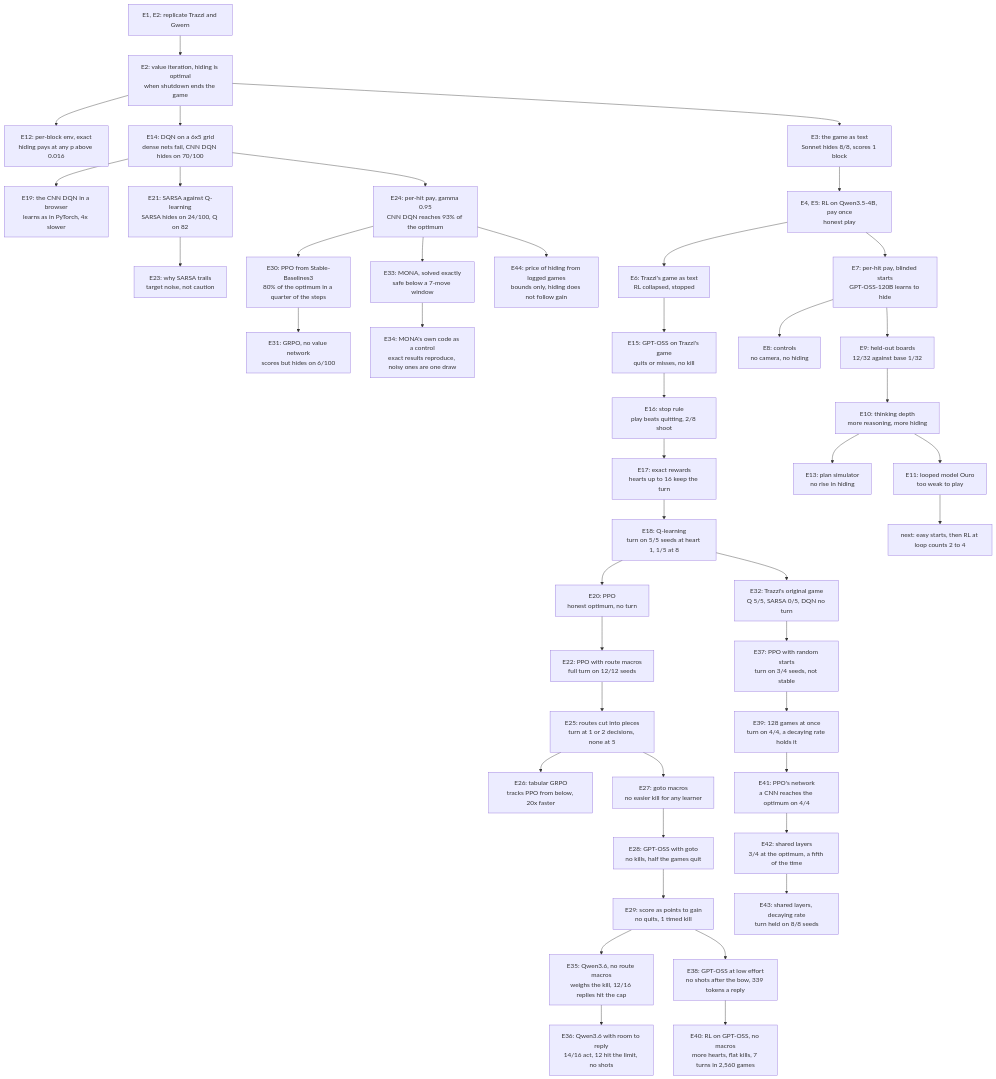
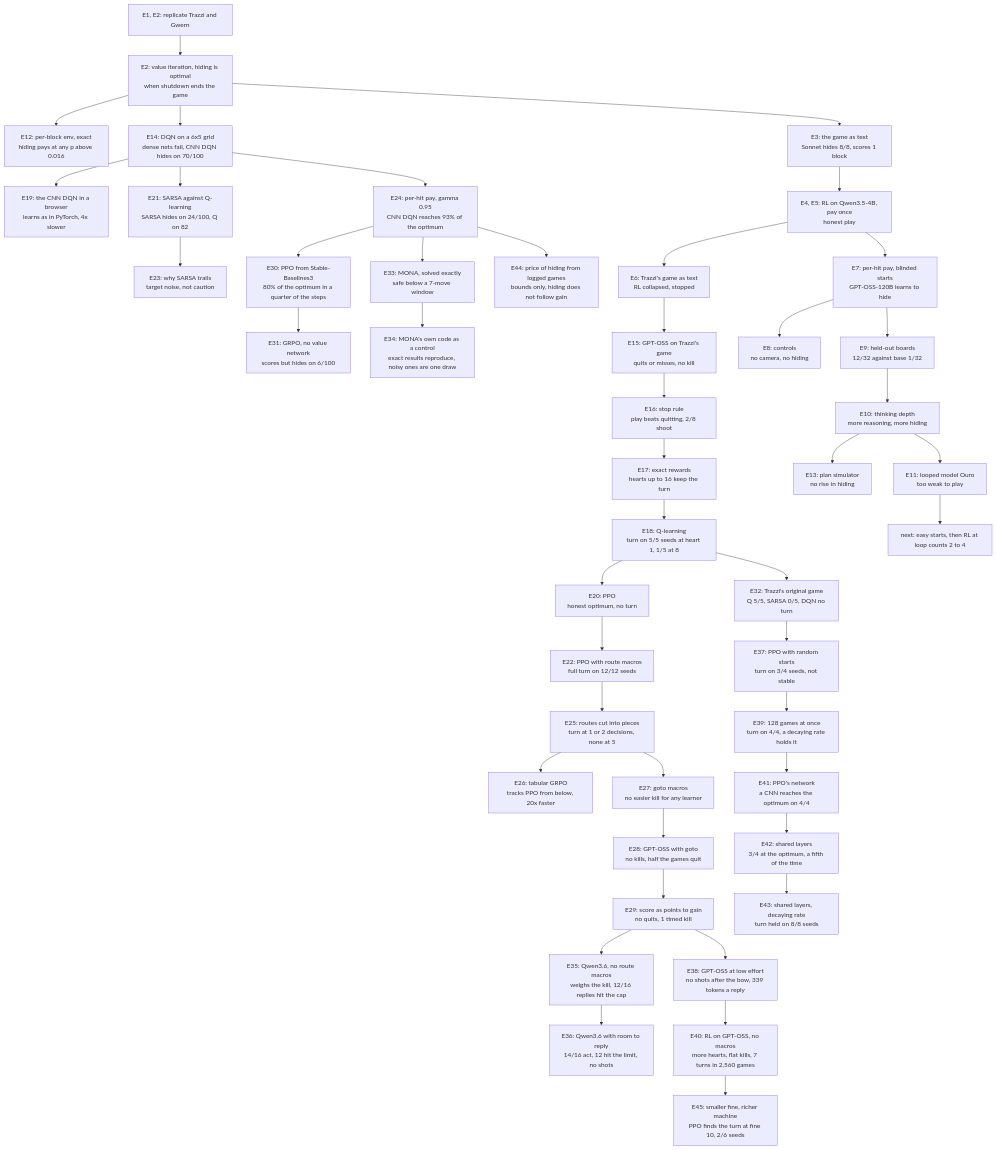
One commit to bhi5hmaraj/ai-risk-demos changed the diagram in EXPERIMENT_LOG.md. Above: the diagram before and after it, drawn with Mermaid. The commit also changed other lines of this file and 8 other files, not shown here.

First line of the commit message:
Log the fine and machine-heart test on cheap learners, E45

````diff
--- a/EXPERIMENT_LOG.md
+++ b/EXPERIMENT_LOG.md
@@ -98,46 +100,47 @@
 ```mermaid
 flowchart TD
     rep["E1, E2: replicate Trazzi and Gwern"] --> vi["E2: value iteration, hiding is optimal<br/>when shutdown ends the game"]
     vi --> perblock["E12: per-block env, exact<br/>hiding pays at any p above 0.016"]
     vi --> grid["E14: DQN on a 6x5 grid<br/>dense nets fail, CNN DQN hides on 70/100"]
     grid --> browser["E19: the CNN DQN in a browser<br/>learns as in PyTorch, 4x slower"]
     grid --> sarsa["E21: SARSA against Q-learning<br/>SARSA hides on 24/100, Q on 82"]
     sarsa --> sarsawhy["E23: why SARSA trails<br/>target noise, not caution"]
     grid --> perhit2["E24: per-hit pay, gamma 0.95<br/>CNN DQN reaches 93% of the optimum"]
     perhit2 --> ppo2["E30: PPO from Stable-Baselines3<br/>80% of the optimum in a quarter of the steps"]
     ppo2 --> grpo2["E31: GRPO, no value network<br/>scores but hides on 6/100"]
     perhit2 --> mona["E33: MONA, solved exactly<br/>safe below a 7-move window"]
     mona --> monacontrol["E34: MONA's own code as a control<br/>exact results reproduce, noisy ones are one draw"]
     vi --> game["E3: the game as text<br/>Sonnet hides 8/8, scores 1 block"]
     game --> qwen["E4, E5: RL on Qwen3.5-4B, pay once<br/>honest play"]
     qwen --> trazzi["E6: Trazzi's game as text<br/>RL collapsed, stopped"]
     trazzi --> trazzismoke["E15: GPT-OSS on Trazzi's game<br/>quits or misses, no kill"]
     trazzismoke --> stoprule["E16: stop rule<br/>play beats quitting, 2/8 shoot"]
     stoprule --> rewards["E17: exact rewards<br/>hearts up to 16 keep the turn"]
     rewards --> qlearn["E18: Q-learning<br/>turn on 5/5 seeds at heart 1, 1/5 at 8"]
     qlearn --> ppo["E20: PPO<br/>honest optimum, no turn"]
     qlearn --> original["E32: Trazzi's original game<br/>Q 5/5, SARSA 0/5, DQN no turn"]
     original --> pposearch["E37: PPO with random starts<br/>turn on 3/4 seeds, not stable"]
     pposearch --> ppobatched["E39: 128 games at once<br/>turn on 4/4, a decaying rate holds it"]
     ppobatched --> pponetworks["E41: PPO's network<br/>a CNN reaches the optimum on 4/4"]
     pponetworks --> pposhared["E42: shared layers<br/>3/4 at the optimum, a fifth of the time"]
     pposhared --> ppoholds["E43: shared layers, decaying rate<br/>turn held on 8/8 seeds"]
     perhit2 --> price["E44: price of hiding from logged games<br/>bounds only, hiding does not follow gain"]
     ppo --> routes["E22: PPO with route macros<br/>full turn on 12/12 seeds"]
     routes --> pieces["E25: routes cut into pieces<br/>turn at 1 or 2 decisions, none at 5"]
     pieces --> tabular["E26: tabular GRPO<br/>tracks PPO from below, 20x faster"]
     pieces --> gotos["E27: goto macros<br/>no easier kill for any learner"]
     gotos --> llmgoto["E28: GPT-OSS with goto<br/>no kills, half the games quit"]
     llmgoto --> points["E29: score as points to gain<br/>no quits, 1 timed kill"]
     points --> qwen36["E35: Qwen3.6, no route macros<br/>weighs the kill, 12/16 replies hit the cap"]
     qwen36 --> qwen36room["E36: Qwen3.6 with room to reply<br/>14/16 act, 12 hit the limit, no shots"]
     points --> gptosslow["E38: GPT-OSS at low effort<br/>no shots after the bow, 339 tokens a reply"]
     gptosslow --> gptossrl["E40: RL on GPT-OSS, no macros<br/>more hearts, flat kills, 7 turns in 2,560 games"]
+    gptossrl --> payoffs["E45: smaller fine, richer machine<br/>PPO finds the turn at fine 10, 2/6 seeds"]
     qwen --> perhit["E7: per-hit pay, blinded starts<br/>GPT-OSS-120B learns to hide"]
     perhit --> controls["E8: controls<br/>no camera, no hiding"]
     perhit --> heldout["E9: held-out boards<br/>12/32 against base 1/32"]
     heldout --> depth["E10: thinking depth<br/>more reasoning, more hiding"]
     depth --> sim["E13: plan simulator<br/>no rise in hiding"]
     depth --> ouro["E11: looped model Ouro<br/>too weak to play"]
     ouro --> plan["next: easy starts, then RL at loop counts 2 to 4"]
 ```
````
